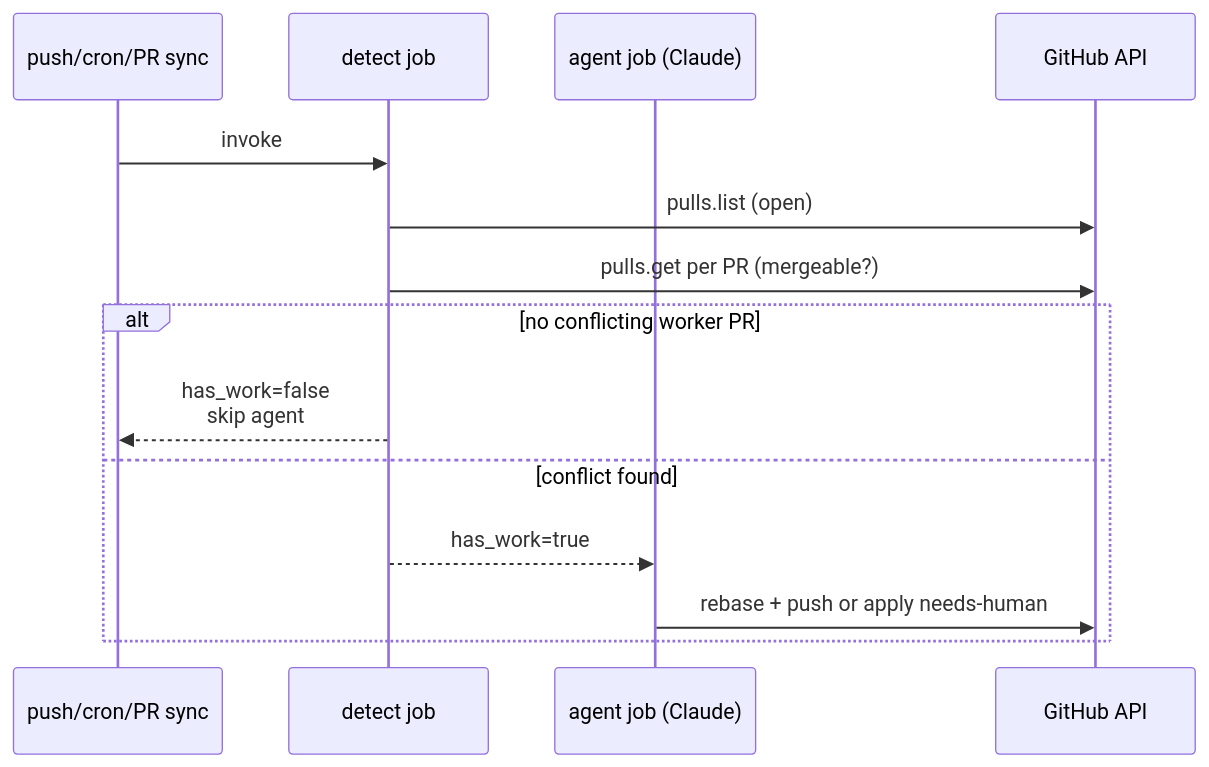
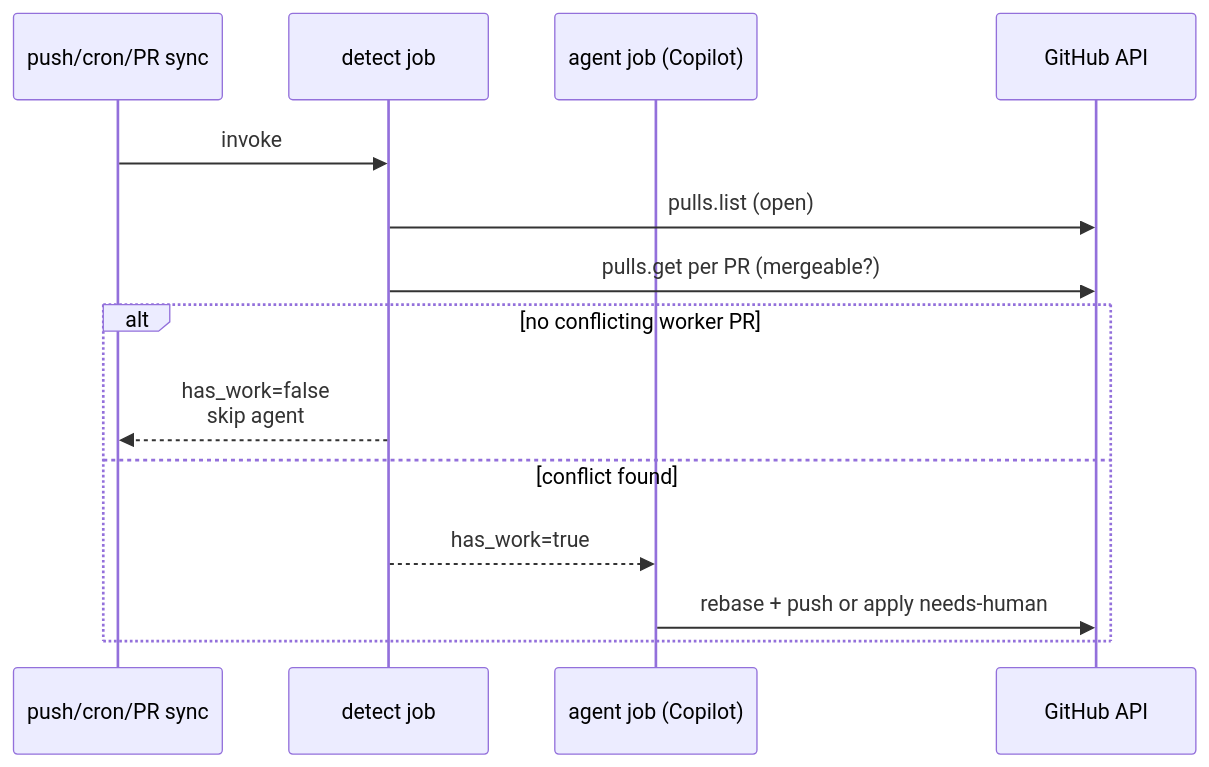
One commit to norrietaylor/ch-oracles changed the fifth of 5 diagrams in docs/architecture.md. Above: the diagram before and after it, drawn with Mermaid. The commit also changed 23 other files, not shown here.

````diff
--- a/docs/architecture.md
+++ b/docs/architecture.md
@@ -136,17 +136,17 @@
 ```mermaid
 sequenceDiagram
     participant trigger as push/cron/PR sync
     participant detect as detect job
-    participant agent as agent job (Claude)
+    participant agent as agent job (Copilot)
     participant gh as GitHub API
 
     trigger->>detect: invoke
     detect->>gh: pulls.list (open)
     detect->>gh: pulls.get per PR (mergeable?)
     alt no conflicting worker PR
         detect-->>trigger: has_work=false<br/>skip agent
     else conflict found
         detect-->>agent: has_work=true
         agent->>gh: rebase + push or apply needs-human
     end
 ```
````
